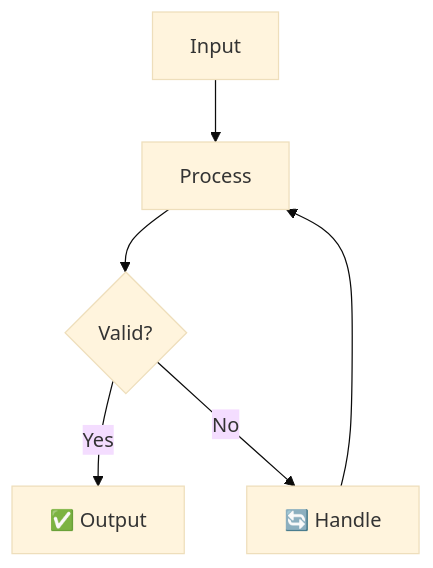
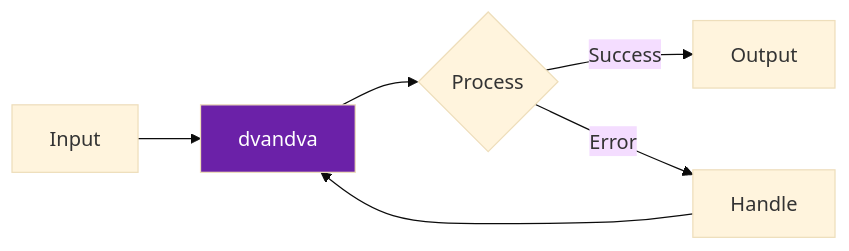
The diagram in README.md (darshjme/dvandva), drawn with Mermaid (base theme) before and after one commit. The commit also changed other lines of this file, not shown here.

First line of the commit message:
feat(vedic-v3): rename to dvandva (द्वंद्व)

````diff
--- a/README.md
+++ b/README.md
@@ -35,8 +39,9 @@
 ```mermaid
-flowchart TD
-    A[Input] --> B[Process]
-    B --> C{Valid?}
-    C -->|Yes| D[✅ Output]
-    C -->|No| E[🔄 Handle]
+flowchart LR
+    A[Input] --> B[dvandva]
+    B --> C{Process}
+    C -- Success --> D[Output]
+    C -- Error --> E[Handle]
     E --> B
+    style B fill:#6b21a8,color:#fff
 ```
````
